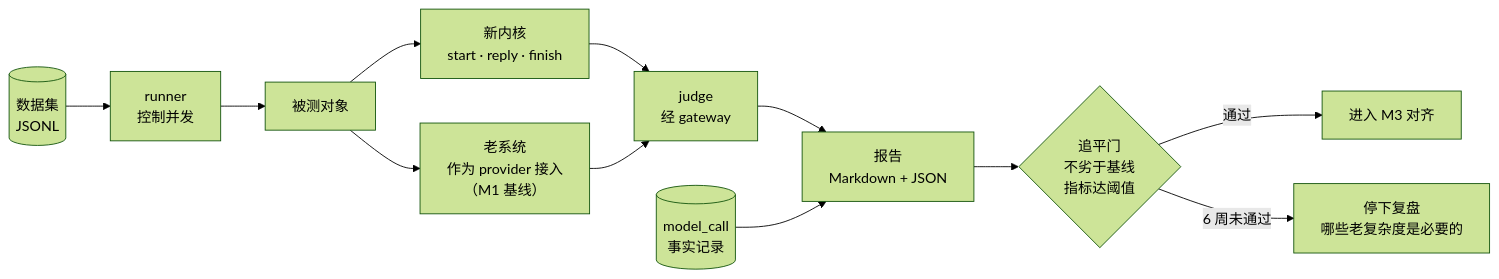
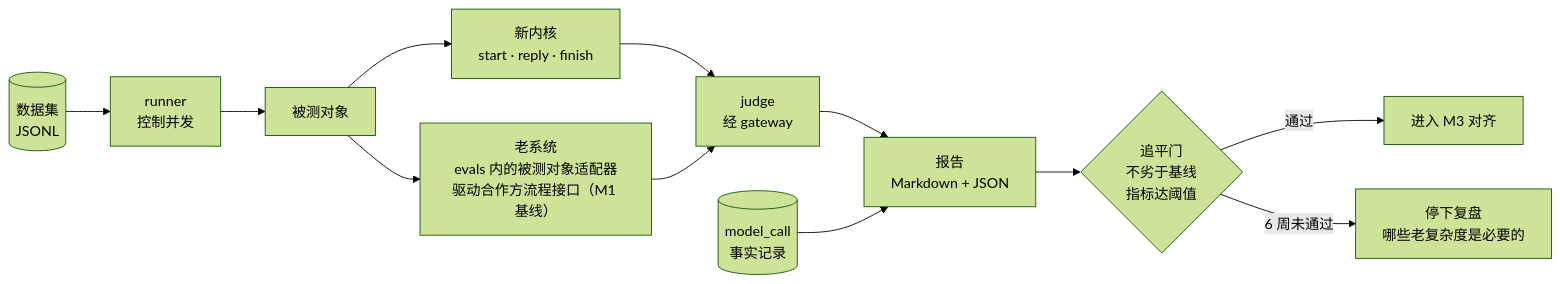
One commit to DeepDreamerLSC/edu-agent changed the third of 4 diagrams in docs/plan/03-architecture.md. Above: the diagram before and after it, drawn with Mermaid (forest theme). The commit also changed 4 other files, not shown here.

````diff
--- a/docs/plan/03-architecture.md
+++ b/docs/plan/03-architecture.md
@@ -97,14 +97,14 @@
 ```mermaid
 flowchart LR
     DS[("数据集<br/>JSONL")] --> R["runner<br/>控制并发"]
     R --> A["被测对象"]
     A --> A1["新内核<br/>start · reply · finish"]
-    A --> A2["老系统<br/>作为 provider 接入<br/>（M1 基线）"]
+    A --> A2["老系统<br/>evals 内的被测对象适配器<br/>驱动合作方流程接口（M1 基线）"]
     A1 --> J["judge<br/>经 gateway"]
     A2 --> J
     J --> Rep["报告<br/>Markdown + JSON"]
     F[("model_call<br/>事实记录")] --> Rep
     Rep --> Gate{"追平门<br/>不劣于基线<br/>指标达阈值"}
     Gate -->|通过| M3["进入 M3 对齐"]
     Gate -->|6 周未通过| Review["停下复盘<br/>哪些老复杂度是必要的"]
 ```
````
